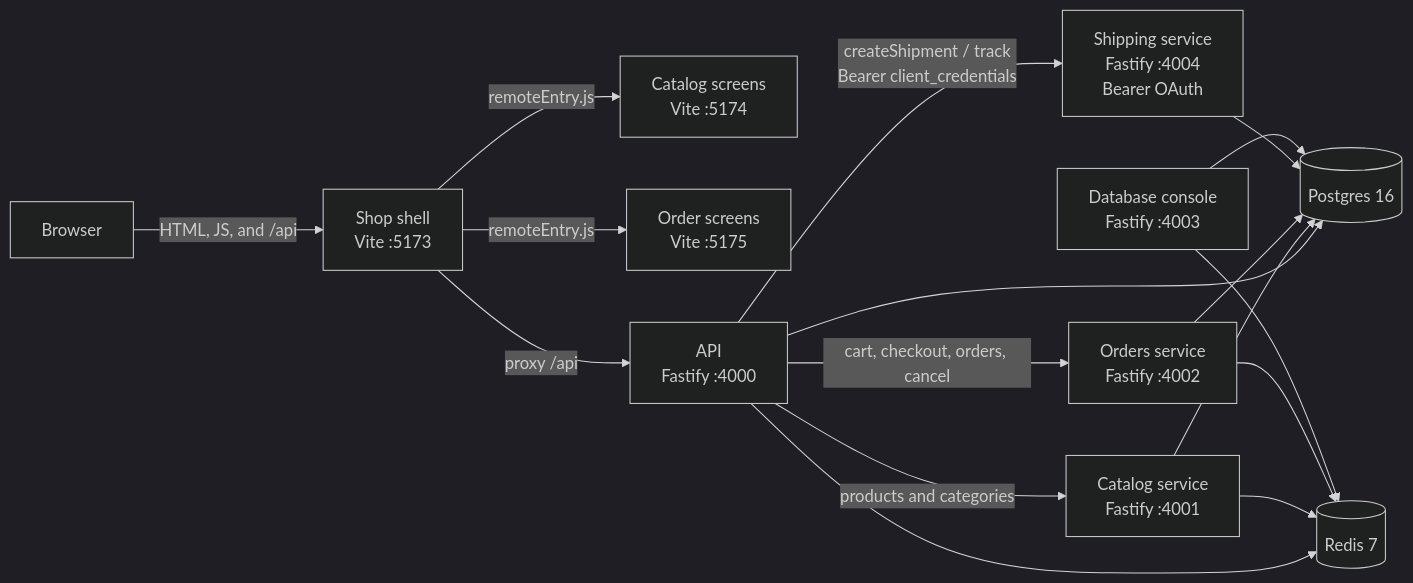
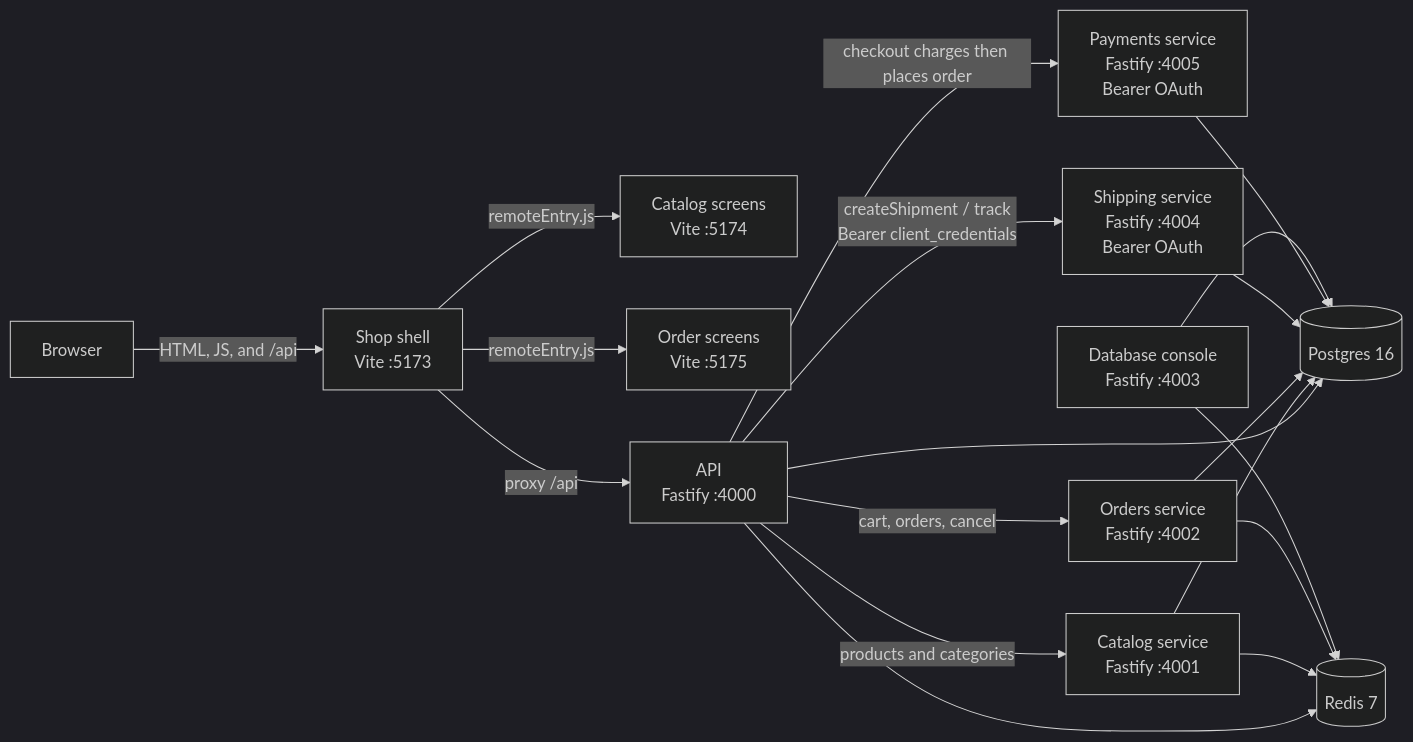
The first of 3 diagrams in ARCHITECTURE.md (VinceBarresi/Marlow), drawn with Mermaid (dark theme) before and after one commit. The commit also changed other lines of this file and 34 other files, not shown here.

````diff
--- a/ARCHITECTURE.md
+++ b/ARCHITECTURE.md
@@ -9,31 +9,34 @@
 ```mermaid
 flowchart LR
   browser["Browser"]
   shell["Shop shell<br/>Vite :5173"]
   catalogUi["Catalog screens<br/>Vite :5174"]
   ordersUi["Order screens<br/>Vite :5175"]
   api["API<br/>Fastify :4000"]
   catalog["Catalog service<br/>Fastify :4001"]
   orders["Orders service<br/>Fastify :4002"]
   shipping["Shipping service<br/>Fastify :4004<br/>Bearer OAuth"]
+  payments["Payments service<br/>Fastify :4005<br/>Bearer OAuth"]
   console["Database console<br/>Fastify :4003"]
   pg[("Postgres 16")]
   redis[("Redis 7")]
 
   browser -->|"HTML, JS, and /api"| shell
   shell -->|"remoteEntry.js"| catalogUi
   shell -->|"remoteEntry.js"| ordersUi
   shell -->|"proxy /api"| api
   api -->|"products and categories"| catalog
-  api -->|"cart, checkout, orders, cancel"| orders
+  api -->|"cart, orders, cancel"| orders
+  api -->|"checkout charges then places order"| payments
   api -->|"createShipment / track<br/>Bearer client_credentials"| shipping
   api --> pg
   api --> redis
   catalog --> pg
   catalog --> redis
   orders --> pg
   orders --> redis
   shipping --> pg
+  payments --> pg
   console --> pg
   console --> redis
 ```
````
